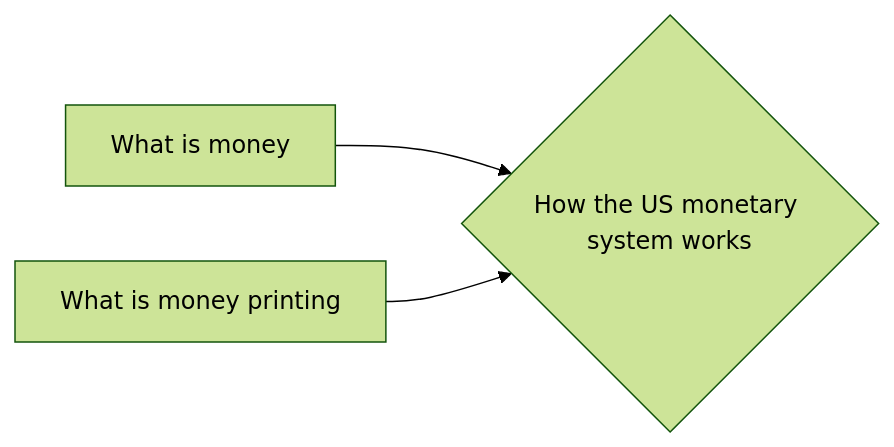
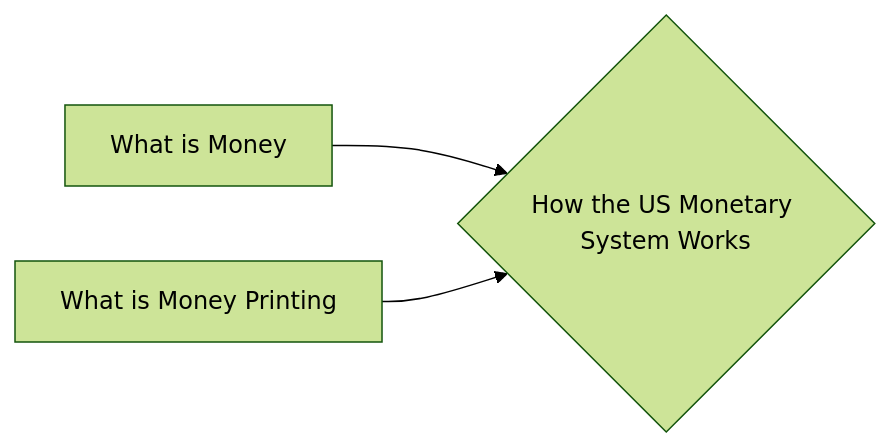
The diagram in notes/How_the_US_Monetary_System_Works.md (lpurdy01/crypto-knowledge-map), drawn with Mermaid (forest theme) before and after one commit. The commit also changed 50 other files, not shown here.

````diff
--- a/notes/How_the_US_Monetary_System_Works.md
+++ b/notes/How_the_US_Monetary_System_Works.md
@@ -9,5 +9,5 @@
 ```mermaid
 graph LR
-1["What is money"]-->0{"How the US monetary system works"}
-2["What is money printing"]-->0{"How the US monetary system works"}
+1["What is Money"]-->0{"How the US Monetary System Works"}
+2["What is Money Printing"]-->0{"How the US Monetary System Works"}
 ```
````
